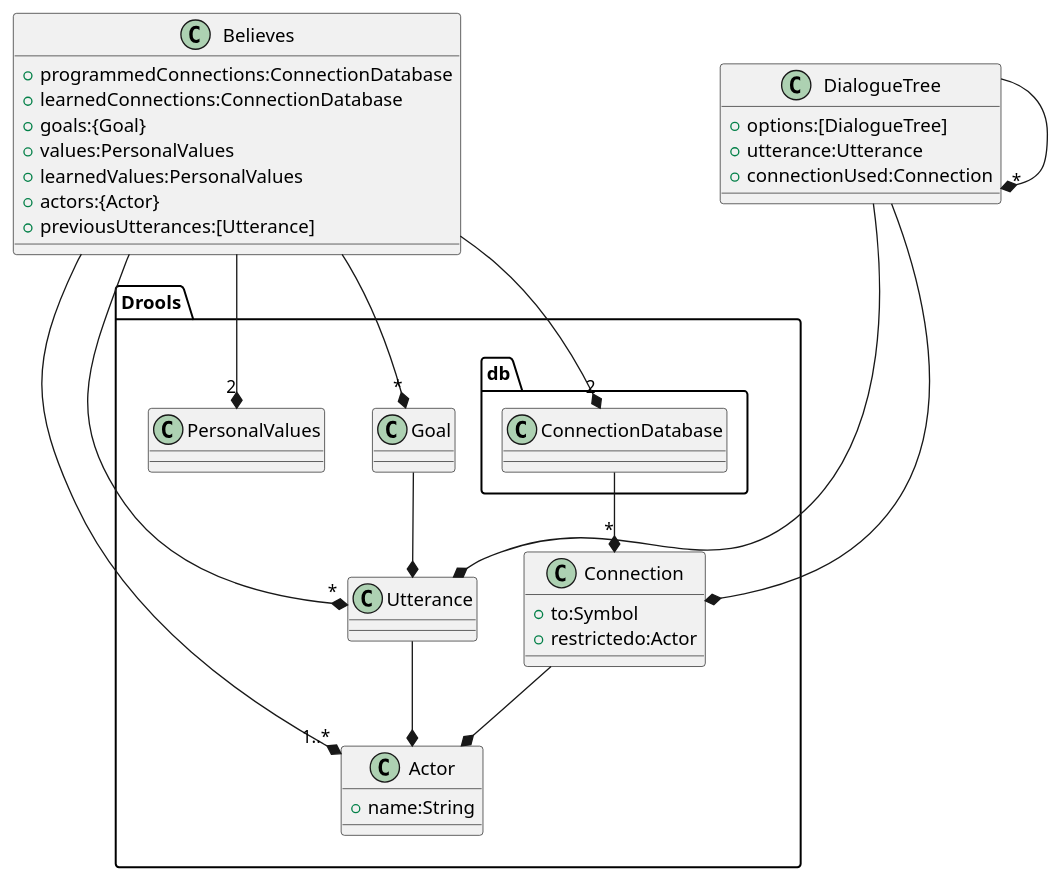
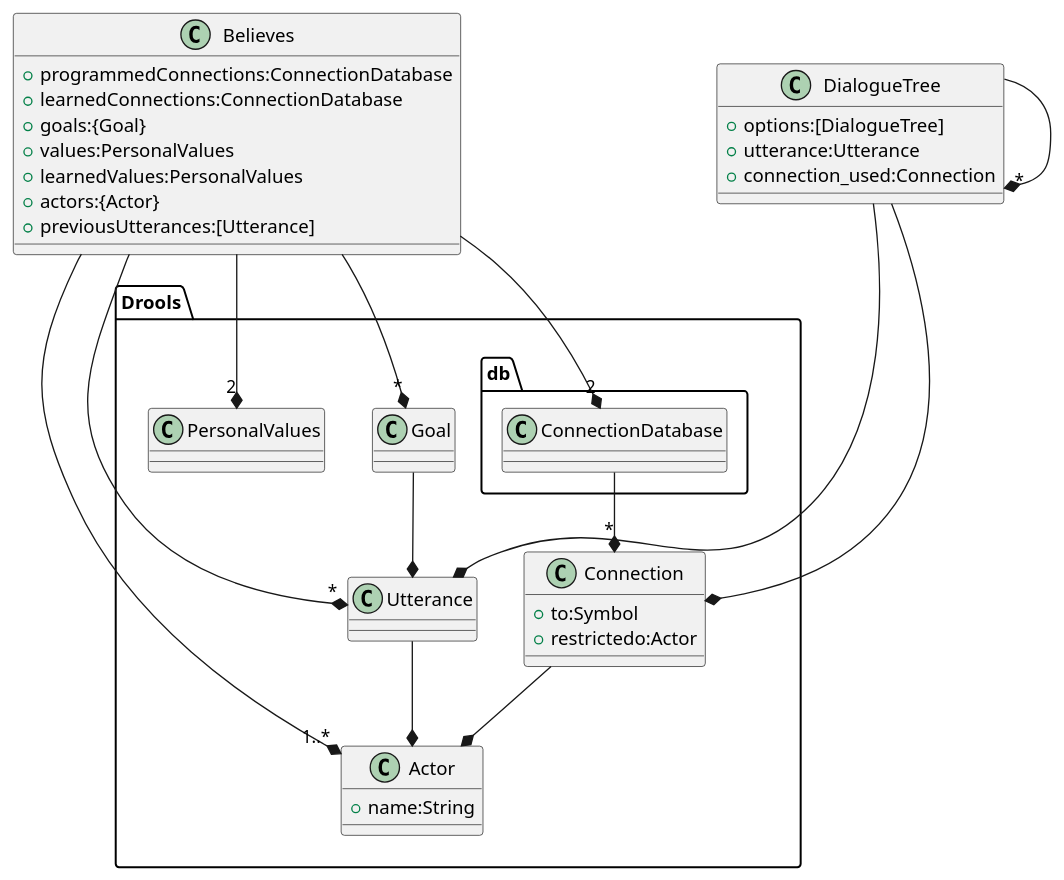
Diagram 11 of 26 in thesis/thesis.org (jappeace/methods-homework), drawn with PlantUML before and after one commit. The commit also changed other lines of this file, not shown here.

Commit message:
Use the png exports which works

```diff
--- a/thesis/thesis.org
+++ b/thesis/thesis.org
@@ -3031,49 +3023,48 @@
-#+BEGIN_SRC plantuml :cache yes :file img/uml/jungclass.svg :exports results
+#+BEGIN_SRC plantuml :cache yes :file img/uml/jungclass.png :exports results
   skinParam backgroundColor transparent
   class Believes{
     +programmedConnections:ConnectionDatabase
     +learnedConnections:ConnectionDatabase
     +goals:{Goal}
     +values:PersonalValues
     +learnedValues:PersonalValues
     +actors:{Actor}
     +previousUtterances:[Utterance]
   }
   class DialogueTree{
     +options:[DialogueTree]
     +utterance:Utterance
-    +connectionUsed:Connection
+    +connection_used:Connection
   }
   package Drools{
     package Drools.db{
       class ConnectionDatabase
     }
     ConnectionDatabase --* "*" Connection
     class Actor {
       +name:String
     }
     Believes -* "2" ConnectionDatabase
     Believes --* "*" Goal
     Believes --* "2" PersonalValues
     Believes --* "1..*" Actor
     Believes --* "*" Utterance
     class Connection {
       +to:Symbol
       +restrictedo:Actor
     }
     Connection --* Actor
     DialogueTree --* "*" DialogueTree
     DialogueTree --* Utterance
     DialogueTree --* Connection
     class Goal{
     }
     Goal --* Utterance
     class PersonalValues{
     }
     class Utterance{
     }
     Utterance --* Actor
   }
   DialogueTree -[hidden]-> Drools
-  skinparam defaultFontName Arial
 #+END_SRC
```
